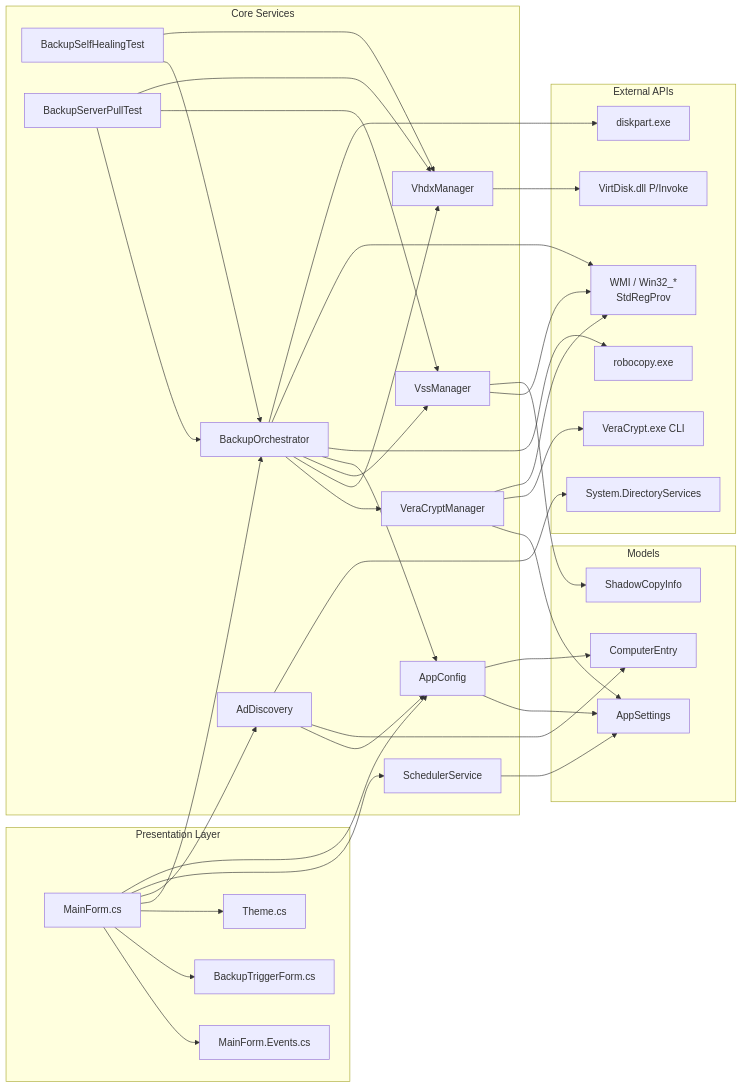
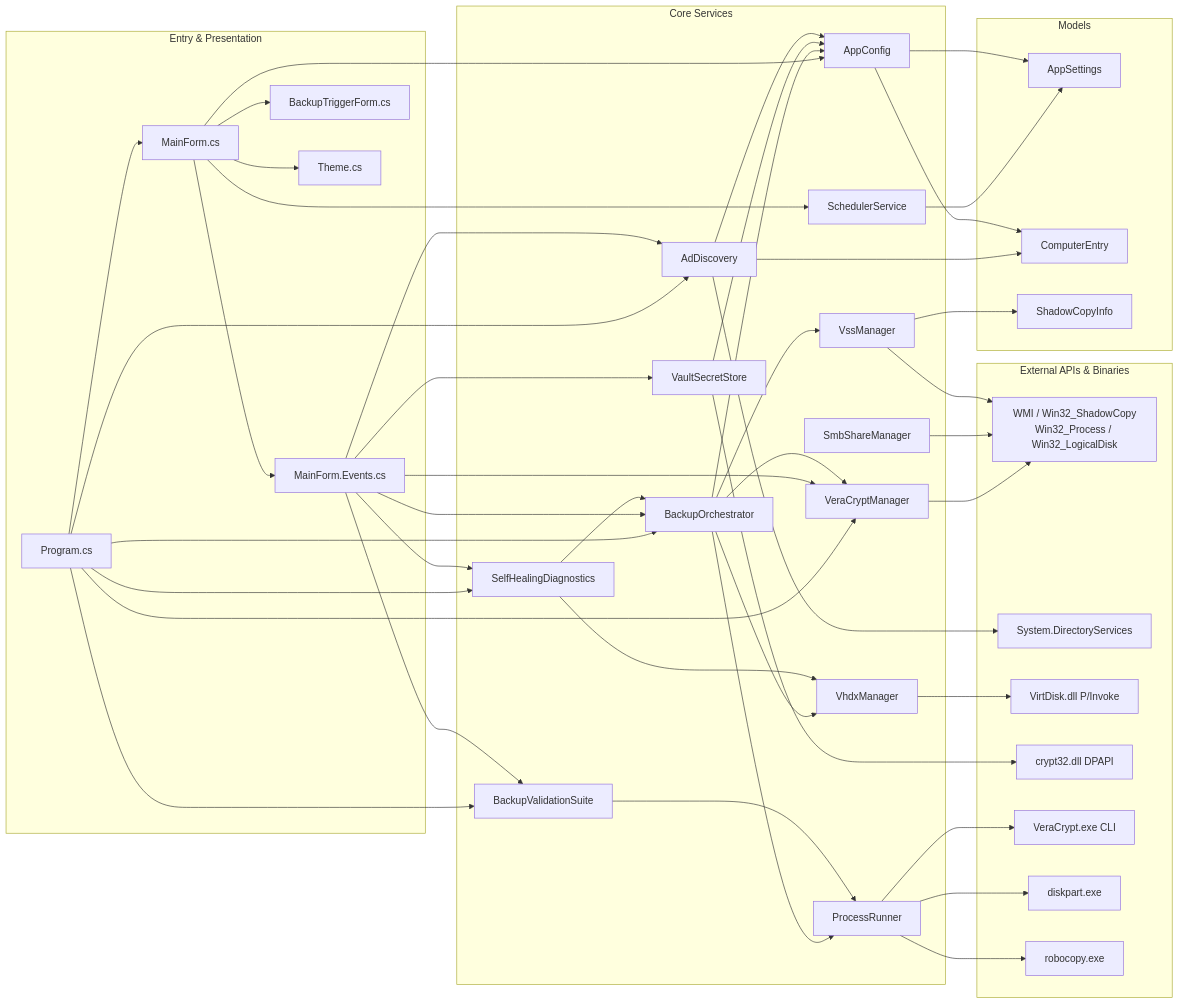
One commit to DasCReeD/Active-Directory-Backup-Utility changed the third of 5 diagrams in docs/architecture.md. Above: the diagram before and after it, drawn with Mermaid. The commit also changed other lines of this file and 29 other files, not shown here.

First line of the commit message:
Refactor: Migrate ADShield to 100% agentless server-only architecture

````diff
--- a/docs/architecture.md
+++ b/docs/architecture.md
@@ -119,6 +112,7 @@
 ```mermaid
 graph LR
-    subgraph "Presentation Layer"
+    subgraph "Entry & Presentation"
+        PRG[Program.cs]
         MF[MainForm.cs]
         MFE[MainForm.Events.cs]
         BTF[BackupTriggerForm.cs]
@@ -131,10 +125,13 @@
         VC[VeraCryptManager]
         VSS[VssManager]
         VX[VhdxManager]
+        SMB[SmbShareManager]
+        PR[ProcessRunner]
         SC[SchedulerService]
         CFG[AppConfig]
-        SHT[BackupSelfHealingTest]
-        SPT[BackupServerPullTest]
+        VST[VaultSecretStore]
+        VAL[BackupValidationSuite]
+        SHD[SelfHealingDiagnostics]
     end
 
     subgraph "Models"
@@ -143,55 +140,62 @@
         SCI[ShadowCopyInfo]
     end
 
-    subgraph "External APIs"
-        WMI["WMI / Win32_*\nStdRegProv"]
+    subgraph "External APIs & Binaries"
+        WMI["WMI / Win32_ShadowCopy\nWin32_Process / Win32_LogicalDisk"]
         LDAP2[System.DirectoryServices]
         VD[VirtDisk.dll P/Invoke]
+        CR[crypt32.dll DPAPI]
         VCEXE[VeraCrypt.exe CLI]
         DP[diskpart.exe]
         RC[robocopy.exe]
     end
 
+    PRG --> MF
+    PRG --> BO
+    PRG --> VC
+    PRG --> AD
+    PRG --> VAL
+    PRG --> SHD
+
     MF --> MFE
     MF --> BTF
     MF --> TH
-    MF --> BO
-    MF --> AD
     MF --> SC
     MF --> CFG
+    MFE --> BO
+    MFE --> AD
+    MFE --> VC
+    MFE --> VST
+    MFE --> VAL
+    MFE --> SHD
 
     BO --> VC
     BO --> VX
     BO --> VSS
     BO --> CFG
-    BO --> RC
+    BO --> PR
 
-    SHT --> BO
-    SHT --> VX
+    PR --> VCEXE
+    PR --> DP
+    PR --> RC
 
-    SPT --> BO
-    SPT --> VSS
-    SPT --> VX
+    SHD --> BO
+    SHD --> VX
+    VAL --> PR
+    VST --> CR
+    VST --> CFG
 
     AD --> CFG
     AD --> CE
+    AD --> LDAP2
 
     SC --> AS
-
     CFG --> AS
     CFG --> CE
 
-    VC --> AS
-    VC --> VCEXE
     VC --> WMI
-
+    SMB --> WMI
     VSS --> WMI
     VSS --> SCI
-
     VX --> VD
-
-    AD --> LDAP2
-
-    BO --> WMI
-    BO --> DP
 ```
````
